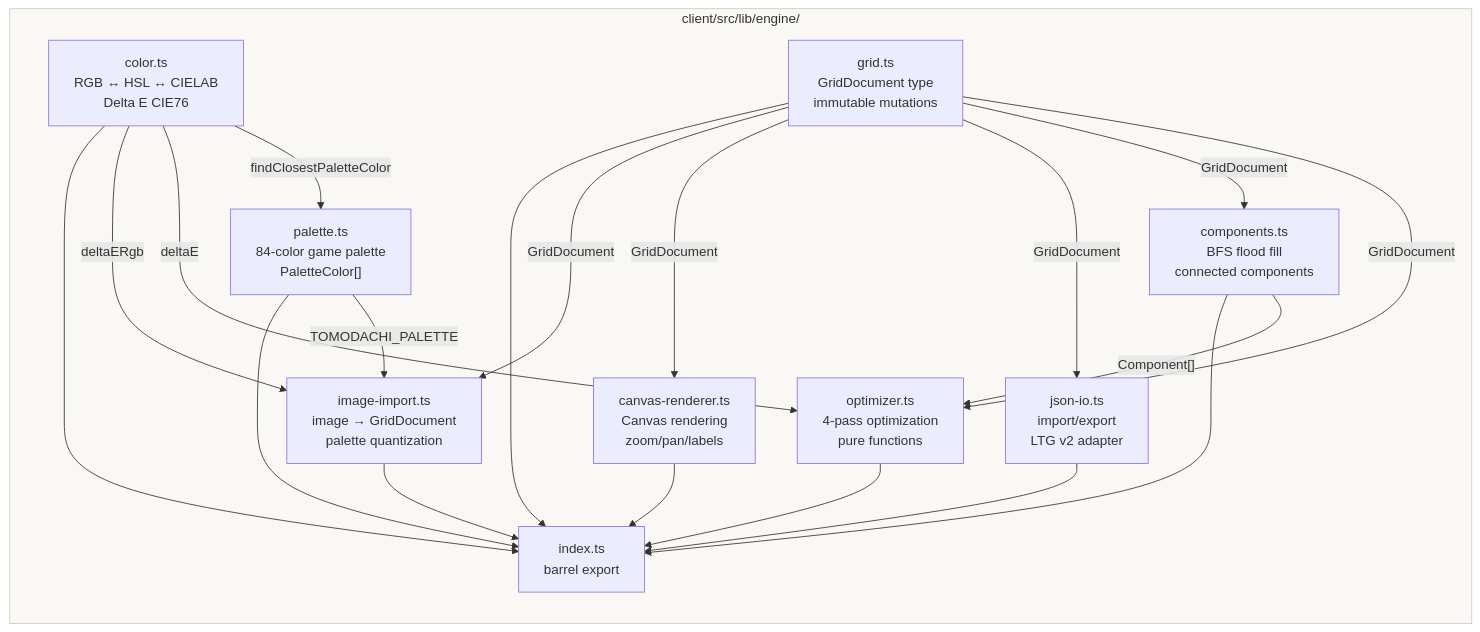
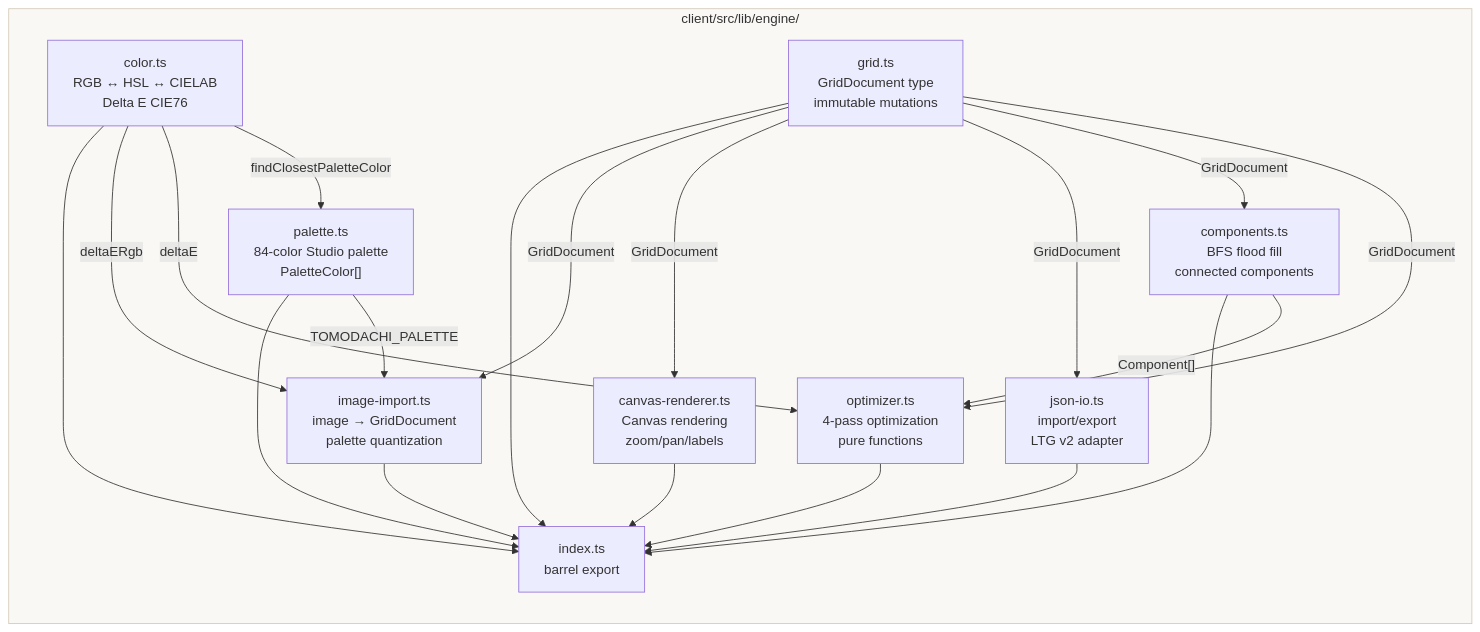
The second of 13 diagrams in living-the-grid-studio/docs/architecture.md (RazonIn4K/Mii-pixelart), drawn with Mermaid before and after one commit. The commit also changed other lines of this file and 380 other files, not shown here.

````diff
--- a/living-the-grid-studio/docs/architecture.md
+++ b/living-the-grid-studio/docs/architecture.md
@@ -114,36 +141,36 @@
 ```mermaid
 graph LR
     subgraph Engine["client/src/lib/engine/"]
-        palette["palette.ts<br/>84-color game palette<br/>PaletteColor[]"]
+        palette["palette.ts<br/>84-color Studio palette<br/>PaletteColor[]"]
         color["color.ts<br/>RGB ↔ HSL ↔ CIELAB<br/>Delta E CIE76"]
         grid["grid.ts<br/>GridDocument type<br/>immutable mutations"]
         components["components.ts<br/>BFS flood fill<br/>connected components"]
         optimizer["optimizer.ts<br/>4-pass optimization<br/>pure functions"]
         json_io["json-io.ts<br/>import/export<br/>LTG v2 adapter"]
         canvas_renderer["canvas-renderer.ts<br/>Canvas rendering<br/>zoom/pan/labels"]
         image_import["image-import.ts<br/>image → GridDocument<br/>palette quantization"]
         barrel["index.ts<br/>barrel export"]
     end
 
     color -->|"findClosestPaletteColor"| palette
     grid -->|"GridDocument"| optimizer
     grid -->|"GridDocument"| components
     components -->|"Component[]"| optimizer
     color -->|"deltaE"| optimizer
     grid -->|"GridDocument"| json_io
     grid -->|"GridDocument"| canvas_renderer
     grid -->|"GridDocument"| image_import
     color -->|"deltaERgb"| image_import
     palette -->|"TOMODACHI_PALETTE"| image_import
 
     palette --> barrel
     color --> barrel
     grid --> barrel
     components --> barrel
     optimizer --> barrel
     json_io --> barrel
     canvas_renderer --> barrel
     image_import --> barrel
 
     style Engine fill:#faf8f5,stroke:#d4c9b8
 ```
````
